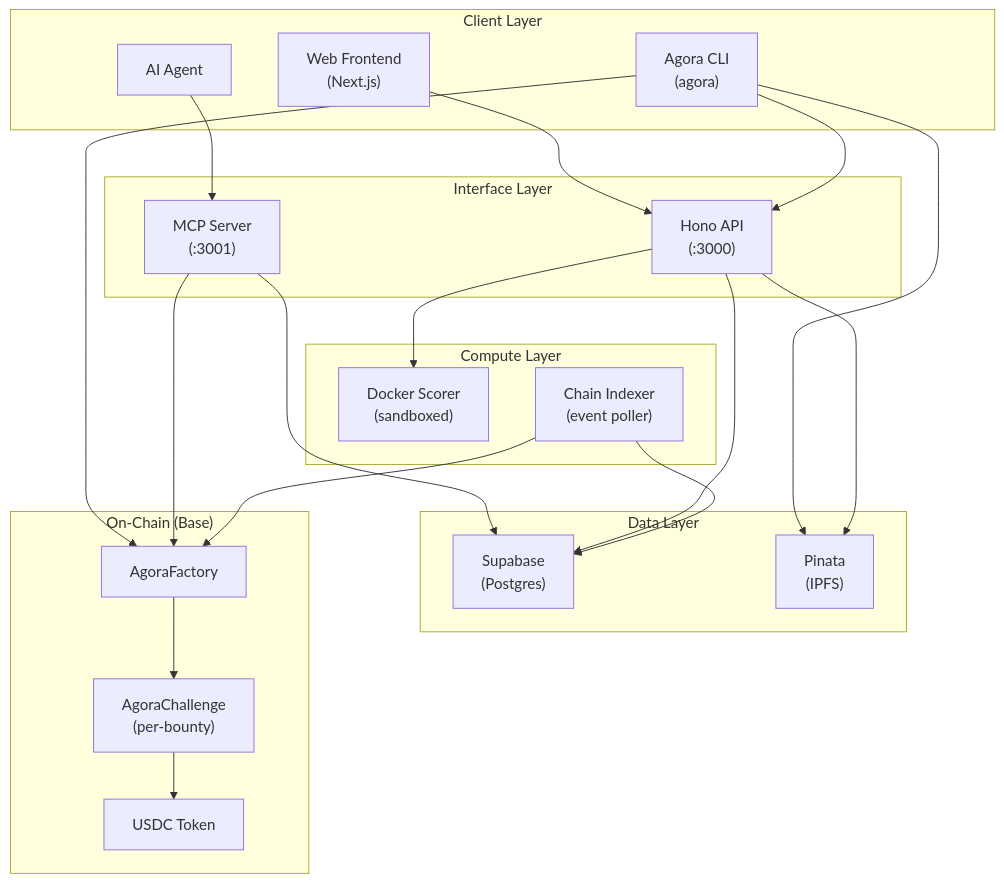
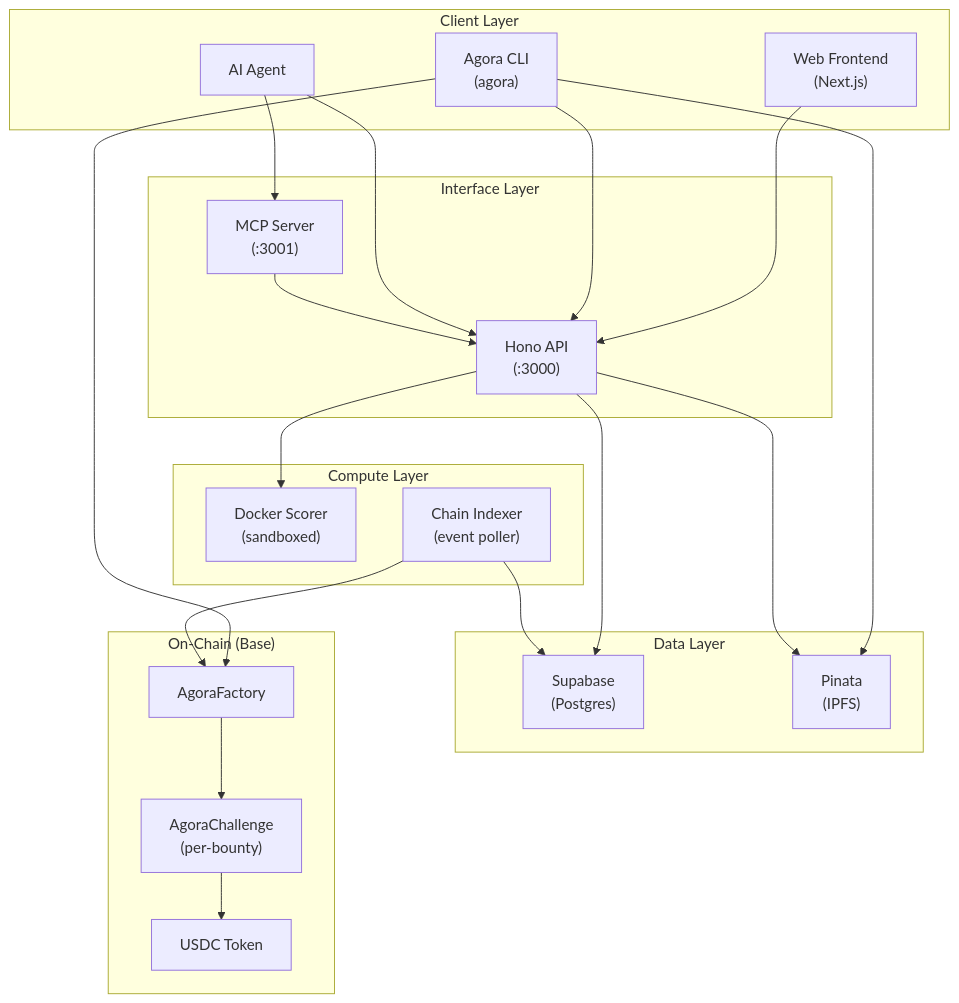
Before and after one commit to andymolecule/Hermes: the first of 16 diagrams in docs/architecture.md, drawn with Mermaid. The commit also changed other lines of this file and 21 other files, not shown here.

````diff
--- a/docs/architecture.md
+++ b/docs/architecture.md
@@ -50,44 +52,44 @@
 ```mermaid
 flowchart TB
     subgraph Clients["Client Layer"]
         Web["Web Frontend<br/>(Next.js)"]
         CLI["Agora CLI<br/>(agora)"]
         Agent["AI Agent"]
     end
 
     subgraph Interfaces["Interface Layer"]
         API["Hono API<br/>(:3000)"]
         MCP["MCP Server<br/>(:3001)"]
     end
 
     subgraph Data["Data Layer"]
         DB["Supabase<br/>(Postgres)"]
         IPFS["Pinata<br/>(IPFS)"]
     end
 
     subgraph Compute["Compute Layer"]
         Scorer["Docker Scorer<br/>(sandboxed)"]
         Indexer["Chain Indexer<br/>(event poller)"]
     end
 
     subgraph Chain["On-Chain (Base)"]
         Factory["AgoraFactory"]
         Challenge["AgoraChallenge<br/>(per-bounty)"]
         USDC["USDC Token"]
     end
 
     Web --> API
     CLI --> API
     CLI --> Factory
     CLI --> IPFS
+    Agent --> API
     Agent --> MCP
-    MCP --> DB
-    MCP --> Factory
+    MCP --> API
     API --> DB
     API --> IPFS
     API --> Scorer
     Indexer --> Factory
     Indexer --> DB
     Factory --> Challenge
     Challenge --> USDC
 ```
````
